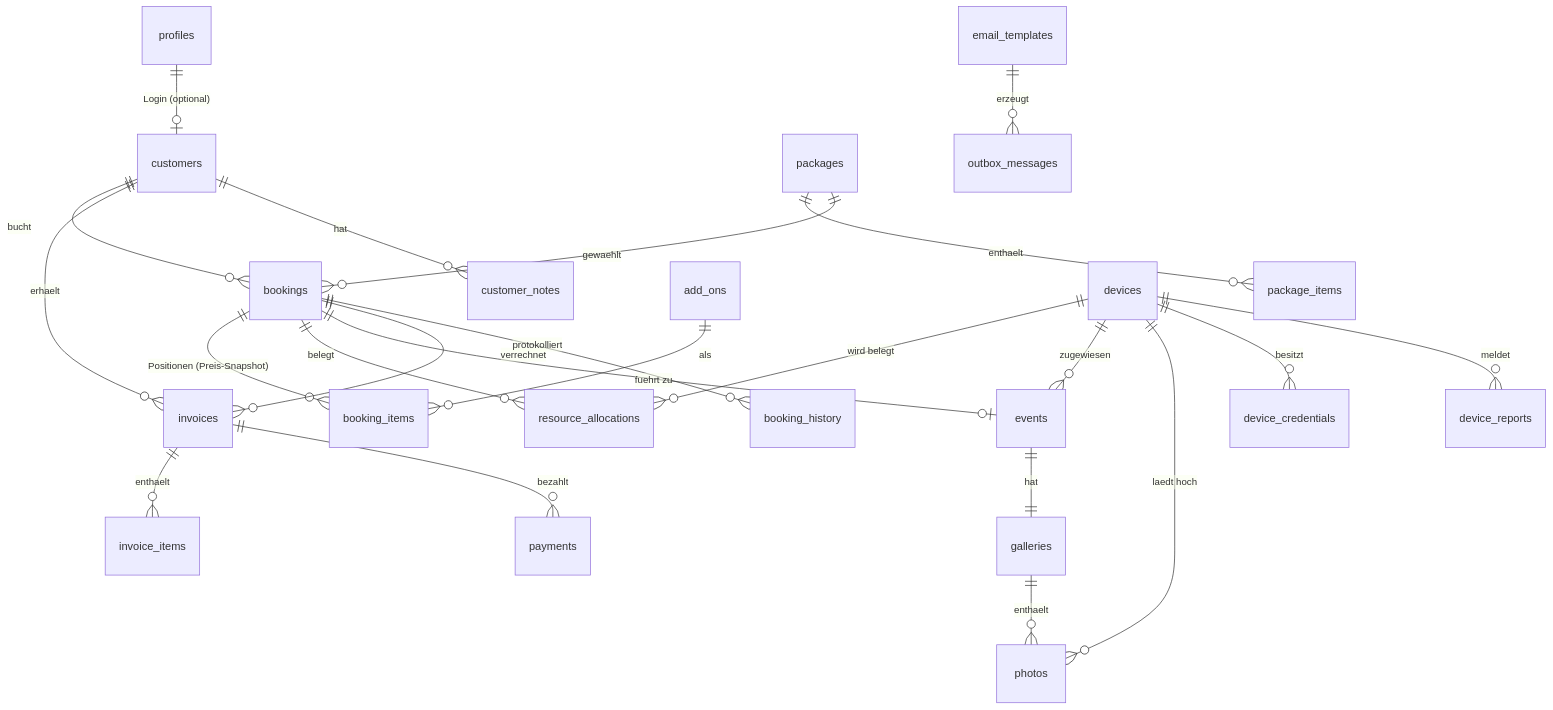
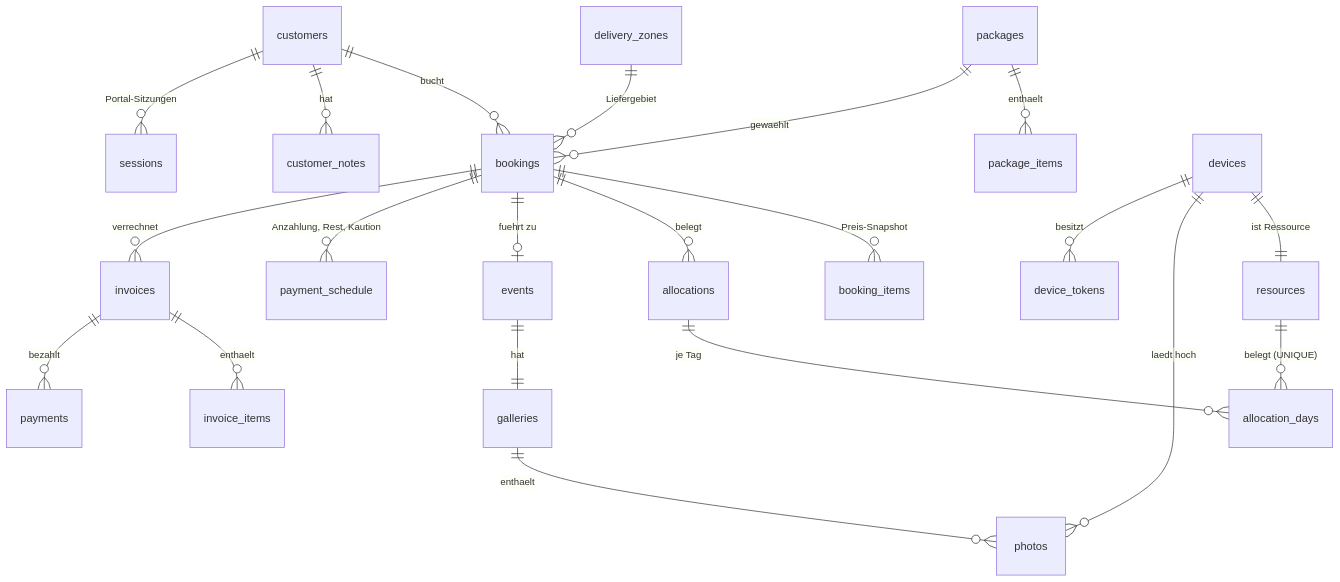
One commit to fotikaste/Fotikaste changed the diagram in Plattform/docs/DATABASE.md. Above: the diagram before and after it, drawn with Mermaid. The commit also changed other lines of this file and 22 other files, not shown here.

````diff
--- a/Plattform/docs/DATABASE.md
+++ b/Plattform/docs/DATABASE.md
@@ -16,25 +21,23 @@
 ```mermaid
 erDiagram
   customers ||--o{ bookings : bucht
-  customers ||--o{ invoices : erhaelt
   customers ||--o{ customer_notes : hat
-  profiles  ||--o| customers : "Login (optional)"
+  customers ||--o{ sessions : "Portal-Sitzungen"
   packages  ||--o{ package_items : enthaelt
   packages  ||--o{ bookings : gewaehlt
-  bookings  ||--o{ booking_items : "Positionen (Preis-Snapshot)"
-  add_ons   ||--o{ booking_items : als
-  bookings  ||--o{ resource_allocations : belegt
-  devices   ||--o{ resource_allocations : "wird belegt"
+  bookings  ||--o{ booking_items : "Preis-Snapshot"
+  bookings  ||--o{ allocations : belegt
+  allocations ||--o{ allocation_days : "je Tag"
+  resources ||--o{ allocation_days : "belegt (UNIQUE)"
+  devices   ||--|| resources : "ist Ressource"
+  delivery_zones ||--o{ bookings : "Liefergebiet"
   bookings  ||--o| events : "fuehrt zu"
   events    ||--|| galleries : hat
-  devices   ||--o{ events : "zugewiesen"
   galleries ||--o{ photos : enthaelt
   devices   ||--o{ photos : "laedt hoch"
-  devices   ||--o{ device_credentials : besitzt
-  devices   ||--o{ device_reports : meldet
+  devices   ||--o{ device_tokens : besitzt
+  bookings  ||--o{ payment_schedule : "Anzahlung, Rest, Kaution"
   bookings  ||--o{ invoices : verrechnet
   invoices  ||--o{ invoice_items : enthaelt
   invoices  ||--o{ payments : bezahlt
-  bookings  ||--o{ booking_history : protokolliert
-  email_templates ||--o{ outbox_messages : erzeugt
 ```
````
